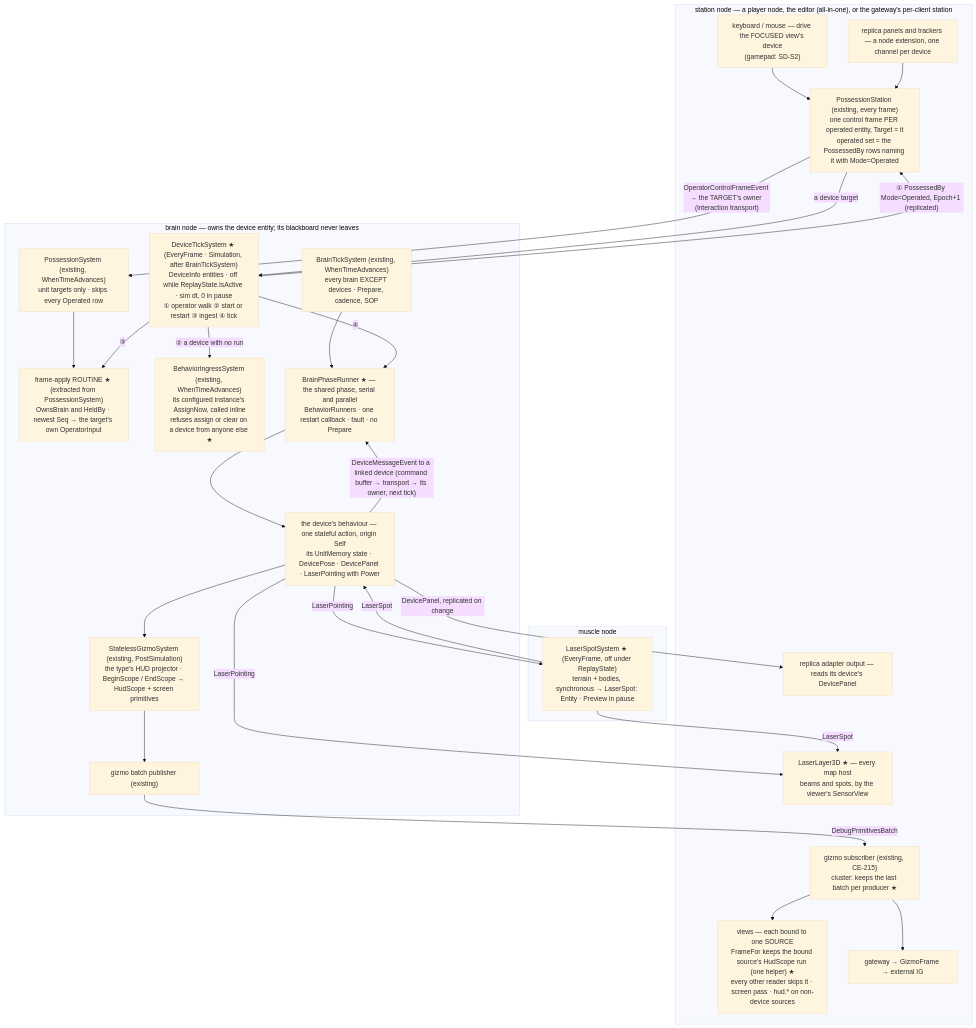
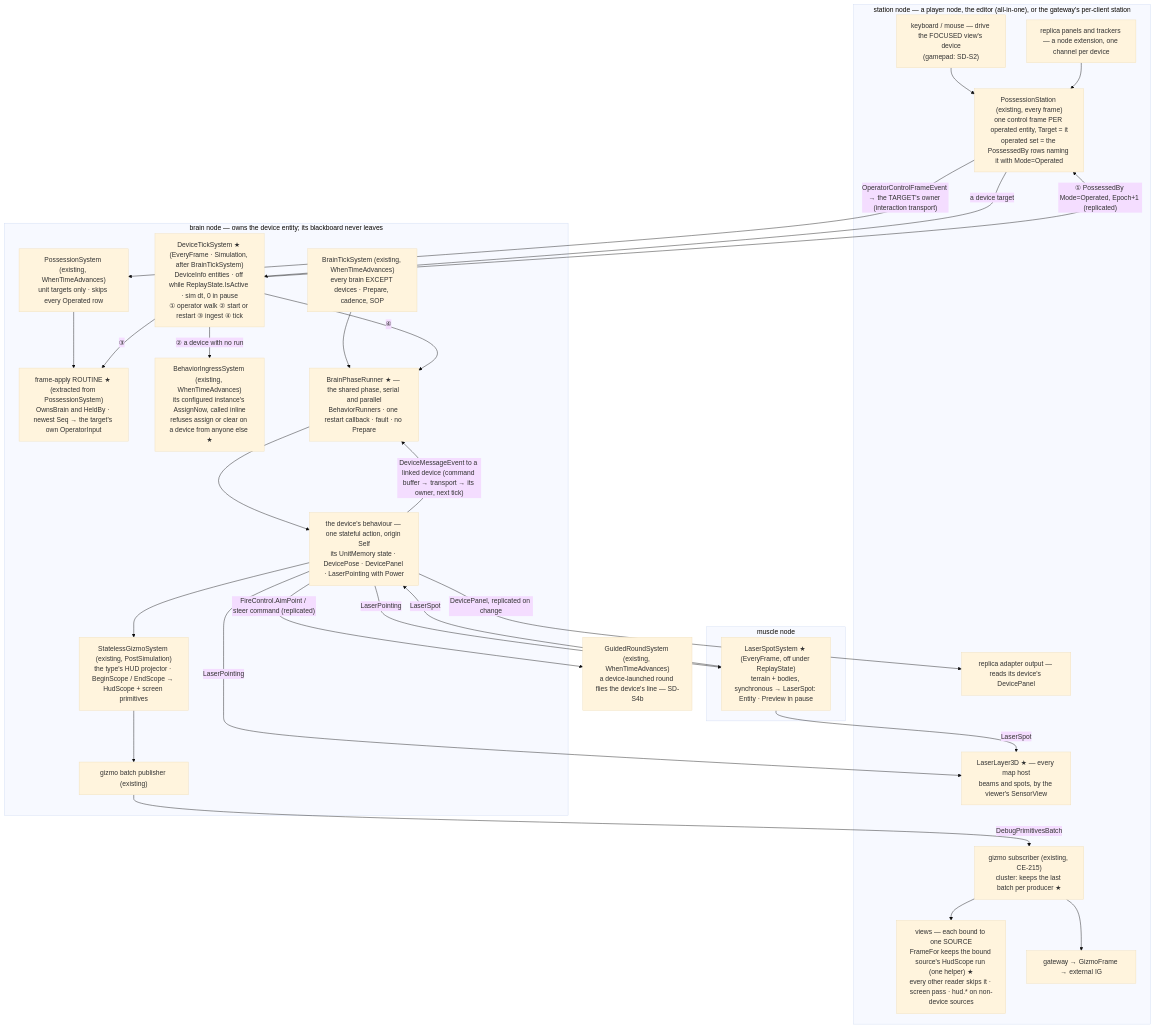
Before and after one commit to pjanec/HROT: the first of 9 diagrams in docs/designs/devices/DESIGN_Simulated_Devices.md, drawn with Mermaid (base theme). The commit also changed other lines of this file and 1 other file, not shown here.

````diff
--- a/docs/designs/devices/DESIGN_Simulated_Devices.md
+++ b/docs/designs/devices/DESIGN_Simulated_Devices.md
@@ -82,49 +82,51 @@
 ```mermaid
 graph TD
   subgraph STATION["station node — a player node, the editor (all-in-one), or the gateway's per-client station"]
     KM["keyboard / mouse — drive the FOCUSED view's device<br/>(gamepad: SD-S2)"]
     REP["replica panels and trackers — a node extension, one channel per device"]
     PS["PossessionStation (existing, every frame)<br/>one control frame PER operated entity, Target = it<br/>operated set = the PossessedBy rows naming it with Mode=Operated"]
     SUB["gizmo subscriber (existing, CE-215)<br/>cluster: keeps the last batch per producer ★"]
     VIEW["views — each bound to one SOURCE<br/>FrameFor keeps the bound source's HudScope run (one helper) ★<br/>every other reader skips it · screen pass · hud.* on non-device sources"]
     LL["LaserLayer3D ★ — every map host<br/>beams and spots, by the viewer's SensorView"]
     RA["replica adapter output — reads its device's DevicePanel"]
     GW["gateway → GizmoFrame → external IG"]
   end
   subgraph BRAIN["brain node — owns the device entity; its blackboard never leaves"]
     PSY["PossessionSystem (existing, WhenTimeAdvances)<br/>unit targets only · skips every Operated row"]
     ING["frame-apply ROUTINE ★ (extracted from PossessionSystem)<br/>OwnsBrain and HeldBy · newest Seq → the target's own OperatorInput"]
     BTS["BrainTickSystem (existing, WhenTimeAdvances)<br/>every brain EXCEPT devices · Prepare, cadence, SOP"]
     PDT["DeviceTickSystem ★ (EveryFrame · Simulation, after BrainTickSystem)<br/>DeviceInfo entities · off while ReplayState.IsActive · sim dt, 0 in pause<br/>① operator walk ② start or restart ③ ingest ④ tick"]
     BIS["BehaviorIngressSystem (existing, WhenTimeAdvances)<br/>its configured instance's AssignNow, called inline<br/>refuses assign or clear on a device from anyone else ★"]
     RT["BrainPhaseRunner ★ — the shared phase, serial and parallel<br/>BehaviorRunners · one restart callback · fault · no Prepare"]
     DB["the device's behaviour — one stateful action, origin Self<br/>its UnitMemory state · DevicePose · DevicePanel · LaserPointing with Power"]
     SGS["StatelessGizmoSystem (existing, PostSimulation)<br/>the type's HUD projector · BeginScope / EndScope → HudScope + screen primitives"]
     PUB["gizmo batch publisher (existing)"]
   end
   subgraph MUSCLE["muscle node"]
     LSS["LaserSpotSystem ★ (EveryFrame, off under ReplayState)<br/>terrain + bodies, synchronous → LaserSpot: Entity · Preview in pause"]
   end
   KM --> PS
   REP --> PS
   PS -->|"OperatorControlFrameEvent → the TARGET's owner (interaction transport)"| PSY
   PS -->|"a device target"| PDT
   PSY --> ING
   PDT -->|"③"| ING
   PDT -->|"① PossessedBy Mode=Operated, Epoch+1 (replicated)"| PS
   PDT -->|"② a device with no run"| BIS
   BTS --> RT
   PDT -->|"④"| RT
   RT --> DB
   DB -->|"DeviceMessageEvent to a linked device (command buffer → transport → its owner, next tick)"| RT
   DB --> SGS
   SGS --> PUB
   PUB -->|"DebugPrimitivesBatch"| SUB
   SUB --> VIEW
   SUB --> GW
   DB -->|"DevicePanel, replicated on change"| RA
   DB -->|"LaserPointing"| LSS
   LSS -->|"LaserSpot"| LL
   LSS -->|"LaserSpot"| DB
+  GRS["GuidedRoundSystem (existing, WhenTimeAdvances)<br/>a device-launched round flies the device's line — SD-S4b"]
+  DB -->|"FireControl.AimPoint / steer command (replicated)"| GRS
   DB -->|"LaserPointing"| LL
 ```
````
